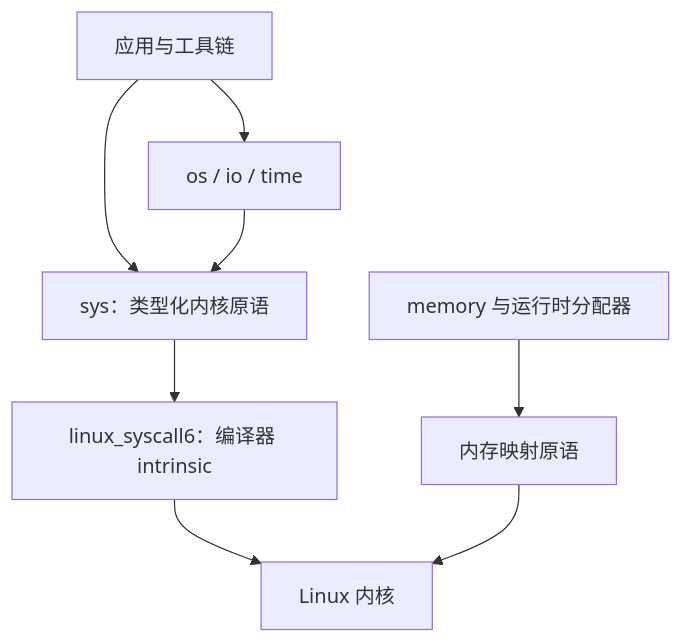
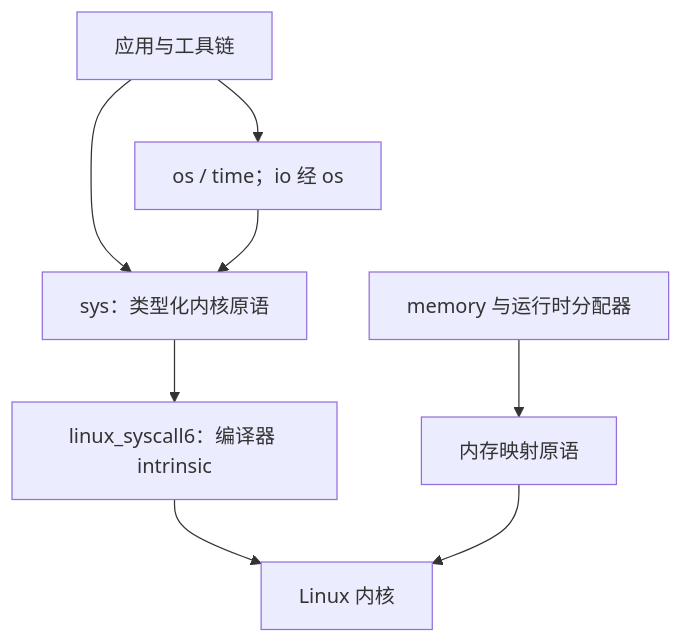
One commit to lalavender/x changed the diagram in docs/03-design/yh-sys系统调用封装设计.md. Above: the diagram before and after it, drawn with Mermaid. The commit also changed other lines of this file and 118 other files, not shown here.

````diff
--- a/docs/03-design/yh-sys系统调用封装设计.md
+++ b/docs/03-design/yh-sys系统调用封装设计.md
@@ -45,10 +52,10 @@
 ```mermaid
 flowchart TD
-    APP[应用与工具链] --> HIGH[os / io / time]
+    APP[应用与工具链] --> HIGH[os / time；io 经 os]
     APP --> SYS[sys：类型化内核原语]
     HIGH --> SYS
     SYS --> RAW[linux_syscall6：编译器 intrinsic]
     RAW --> KERNEL[Linux 内核]
     MEM[memory 与运行时分配器] --> MAP[内存映射原语]
     MAP --> KERNEL
 ```
````
